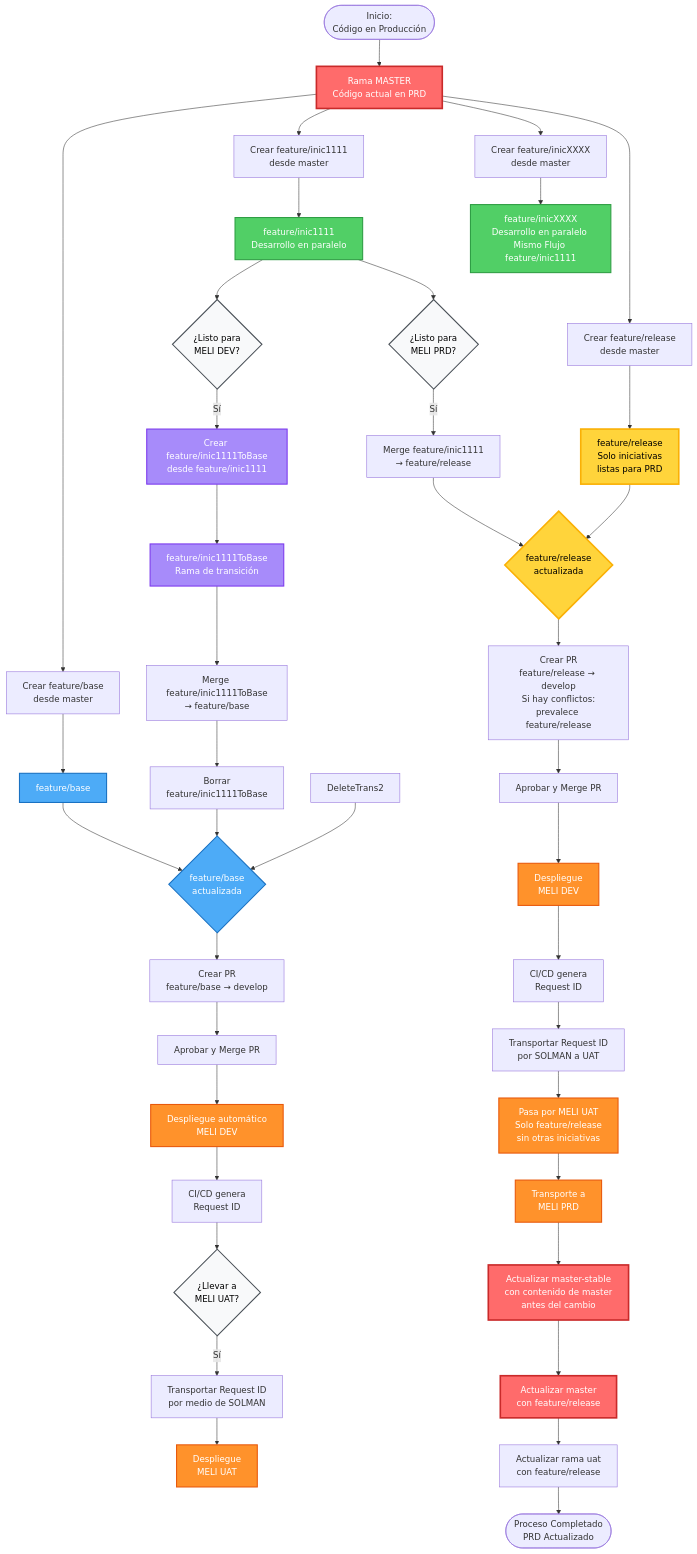
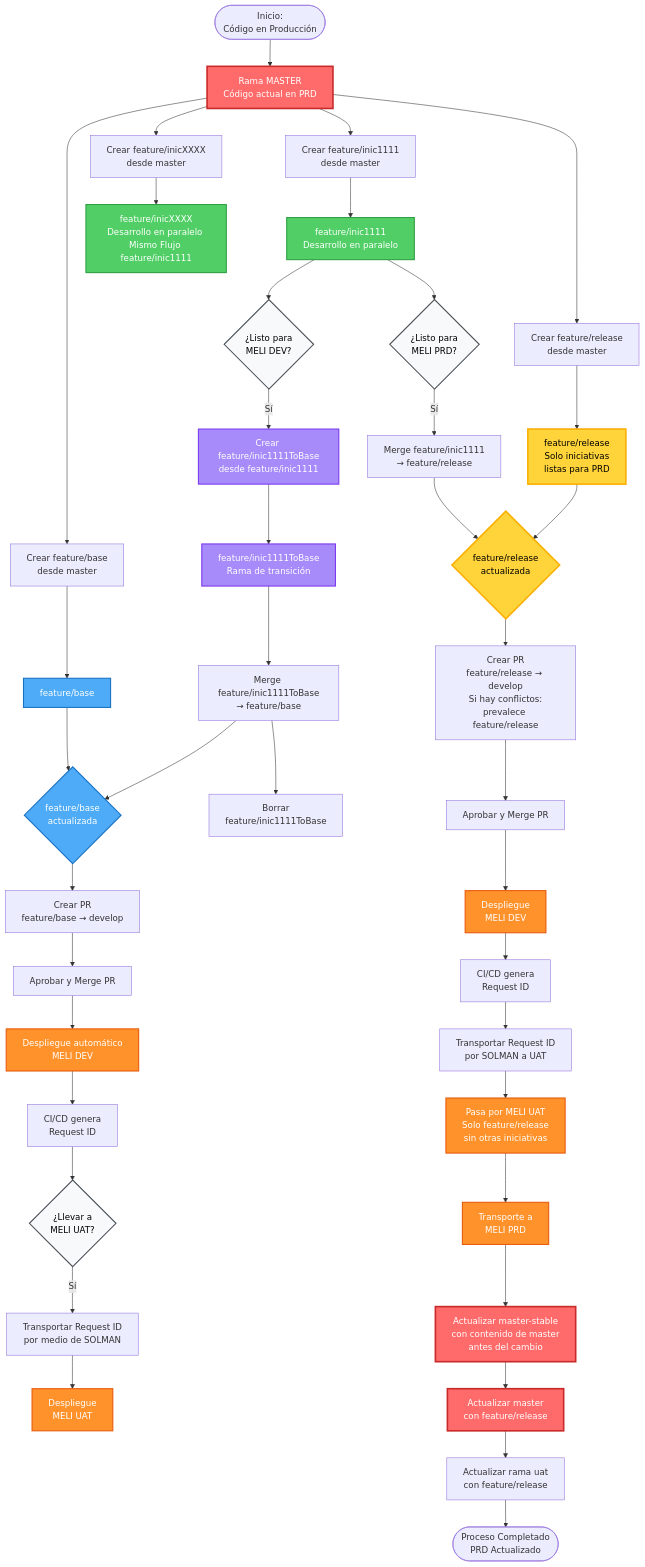
Before and after one commit to jajaramillo/flujo-github-paralelo: the diagram in flujo-github-paralelo.md, drawn with Mermaid.

Commit message:
Update GitHub flow for branch management
Reorganize flow for merging and deleting branches in GitHub process.

````diff
--- a/flujo-github-paralelo.md
+++ b/flujo-github-paralelo.md
@@ -5,78 +5,78 @@
 ```mermaid
 flowchart TD
     Start([Inicio:<br/>Código en Producción]) --> Master[Rama MASTER<br/>Código actual en PRD]
     
     Master --> CreateBase[Crear feature/base<br/>desde master]
     Master --> CreateDev1[Crear feature/inic1111<br/>desde master]    
     Master --> CreateDevN[Crear feature/inicXXXX<br/>desde master]
     
     CreateBase --> Base[feature/base]
     CreateDev1 --> Dev1[feature/inic1111<br/>Desarrollo en paralelo]    
     CreateDevN --> DevN[feature/inicXXXX<br/>Desarrollo en paralelo Mismo Flujo feature/inic1111]
     
     %% Flujo para MELI DEV
     Dev1 --> DecisionDev1{¿Listo para<br/>MELI DEV?}
     DecisionDev1 -->|Sí| CreateTrans1[Crear feature/inic1111ToBase<br/>desde feature/inic1111]
     CreateTrans1 --> Trans1[feature/inic1111ToBase<br/>Rama de transición]
     Trans1 --> MergeToBase1[Merge feature/inic1111ToBase<br/>→ feature/base]
+    
+          
+    Base --> BaseLista
+    MergeToBase1 --> BaseLista{feature/base<br/>actualizada}
     MergeToBase1 --> DeleteTrans1[Borrar<br/>feature/inic1111ToBase]
-       
-    DeleteTrans1 --> BaseLista{feature/base<br/>actualizada}
-    DeleteTrans2 --> BaseLista
-    Base --> BaseLista
     
     BaseLista --> PRDev[Crear PR<br/>feature/base → develop]
     PRDev --> ApproveDev[Aprobar y Merge PR]
     ApproveDev --> DeployDev[Despliegue automático<br/>MELI DEV]
     DeployDev --> RequestIDDev[CI/CD genera<br/>Request ID]
     
     %% Flujo para MELI UAT
     RequestIDDev --> DecisionUAT{¿Llevar a<br/>MELI UAT?}
     DecisionUAT -->|Sí| TransportUAT[Transportar Request ID<br/>por medio de SOLMAN]
     TransportUAT --> DeployUAT[Despliegue<br/>MELI UAT]
     
     %% Flujo para MELI PRD
     Dev1 --> DecisionPRD1{¿Listo para<br/>MELI PRD?}
 
     
     Master --> CreateRelease[Crear feature/release<br/>desde master]
     CreateRelease --> Release[feature/release<br/>Solo iniciativas<br/>listas para PRD]
     
     DecisionPRD1 -->|Sí| MergeToRelease1[Merge feature/inic1111<br/>→ feature/release]
         
     MergeToRelease1 --> ReleaseLista{feature/release<br/>actualizada}
     Release --> ReleaseLista
     
     ReleaseLista --> PRProd[Crear PR<br/>feature/release → develop<br/>Si hay conflictos:<br/>prevalece feature/release]
     PRProd --> ApproveProd[Aprobar y Merge PR]
     ApproveProd --> DeployDevProd[Despliegue<br/>MELI DEV]
     DeployDevProd --> RequestIDProd[CI/CD genera<br/>Request ID]
     
     RequestIDProd --> TransportProd[Transportar Request ID<br/>por SOLMAN a UAT]
     TransportProd --> UATCheck[Pasa por MELI UAT<br/>Solo feature/release<br/>sin otras iniciativas]
     UATCheck --> TransportPRD[Transporte a<br/>MELI PRD]
     
     %% Actualización post-producción
     TransportPRD --> UpdateStable[Actualizar master-stable<br/>con contenido de master<br/>antes del cambio]
     UpdateStable --> UpdateMaster[Actualizar master<br/>con feature/release]
     UpdateMaster --> UpdateUAT[Actualizar rama uat<br/>con feature/release]
     
     UpdateUAT --> End([Proceso Completado<br/>PRD Actualizado])
     
     %% Estilos
     classDef masterStyle fill:#ff6b6b,stroke:#c92a2a,stroke-width:3px,color:#fff
     classDef baseStyle fill:#4dabf7,stroke:#1971c2,stroke-width:2px,color:#fff
     classDef devStyle fill:#51cf66,stroke:#2f9e44,stroke-width:2px,color:#fff
     classDef releaseStyle fill:#ffd43b,stroke:#fab005,stroke-width:3px,color:#000
     classDef transStyle fill:#a78bfa,stroke:#7c3aed,stroke-width:2px,color:#fff
     classDef deployStyle fill:#ff922b,stroke:#e8590c,stroke-width:2px,color:#fff
     classDef decisionStyle fill:#f8f9fa,stroke:#495057,stroke-width:2px,color:#000
     
     class Master,UpdateMaster,UpdateStable masterStyle
     class Base,BaseLista baseStyle
     class Dev1,DevN devStyle
     class Release,ReleaseLista releaseStyle
     class Trans1,CreateTrans1 transStyle
     class DeployDev,DeployUAT,DeployDevProd,TransportPRD,UATCheck deployStyle
     class DecisionDev1,DecisionUAT,DecisionPRD1 decisionStyle
 ```
````
